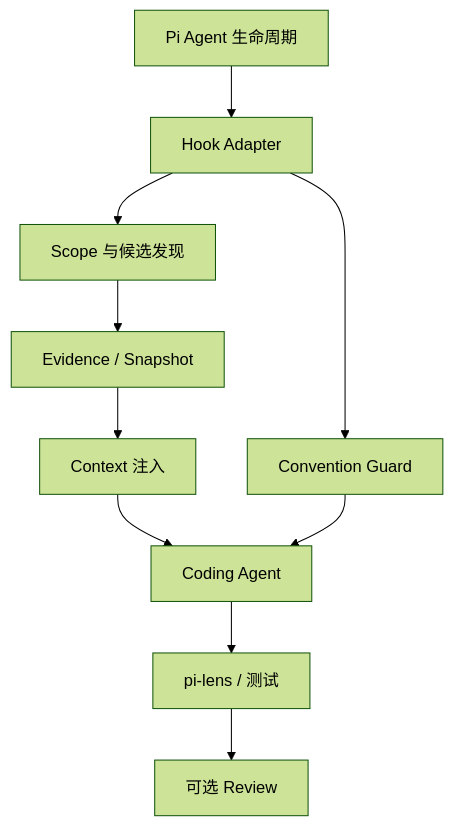
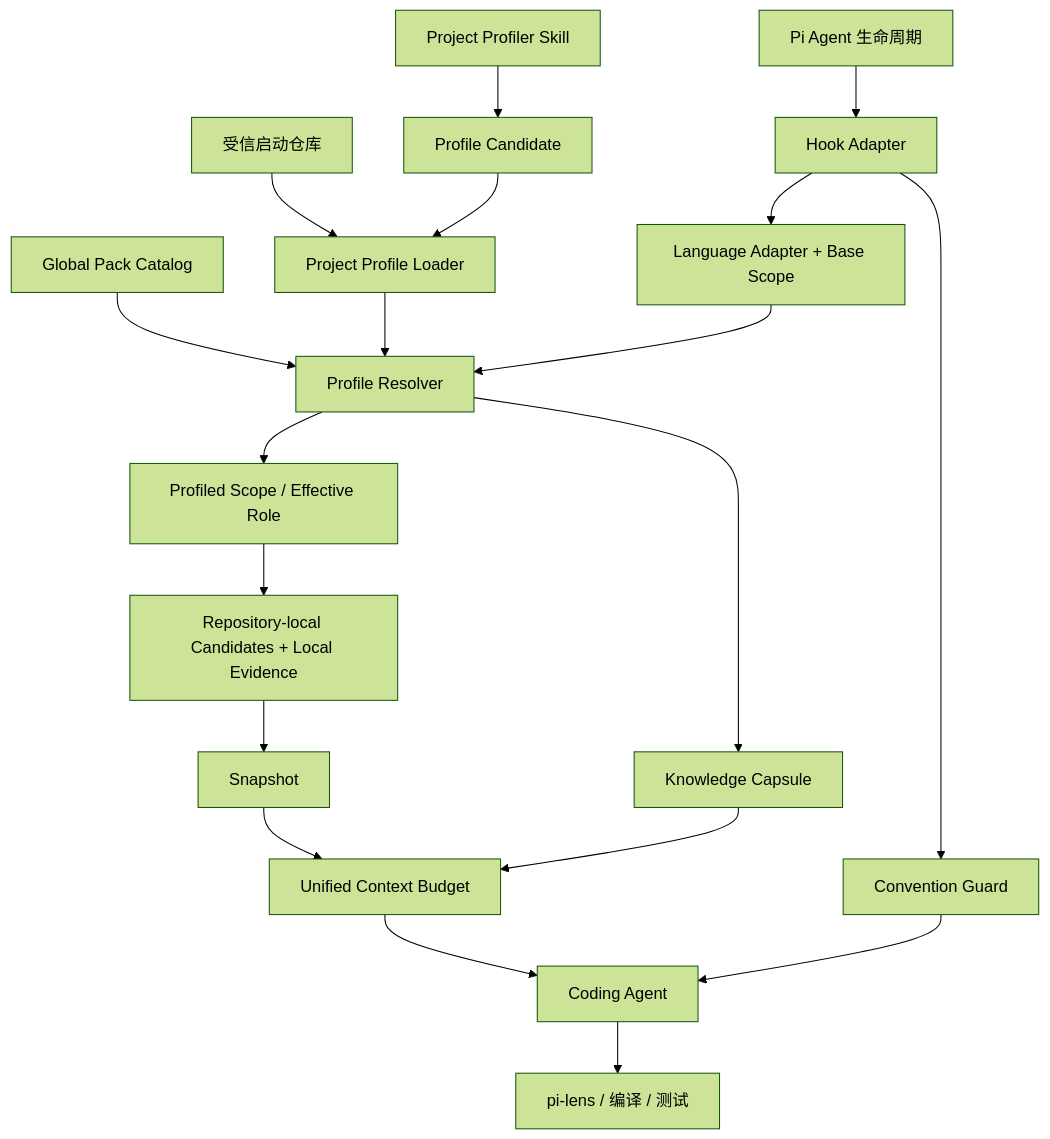
One commit to Ingress007/pi-convention-sense changed the first of 2 diagrams in docs/design.md. Above: the diagram before and after it, drawn with Mermaid (forest theme). The commit also changed other lines of this file and 15 other files, not shown here.

````diff
--- a/docs/design.md
+++ b/docs/design.md
@@ -52,12 +55,21 @@
 ```mermaid
 flowchart TD
     A["Pi Agent 生命周期"] --> B["Hook Adapter"]
-    B --> C["Scope 与候选发现"]
-    C --> D["Evidence / Snapshot"]
-    D --> E["Context 注入"]
+    T["受信启动仓库"] --> P["Project Profile Loader"]
+    K["Global Pack Catalog"] --> R["Profile Resolver"]
+    P --> R
+    B --> C["Language Adapter + Base Scope"]
+    C --> R
+    R --> S["Profiled Scope / Effective Role"]
+    S --> D["Repository-local Candidates + Local Evidence"]
+    D --> E["Snapshot"]
+    R --> Q["Knowledge Capsule"]
+    E --> X["Unified Context Budget"]
+    Q --> X
+    X --> G["Coding Agent"]
     B --> F["Convention Guard"]
-    E --> G["Coding Agent"]
     F --> G
-    G --> H["pi-lens / 测试"]
-    H --> I["可选 Review"]
+    G --> H["pi-lens / 编译 / 测试"]
+    J["Project Profiler Skill"] --> Y["Profile Candidate"]
+    Y --> P
 ```
````
